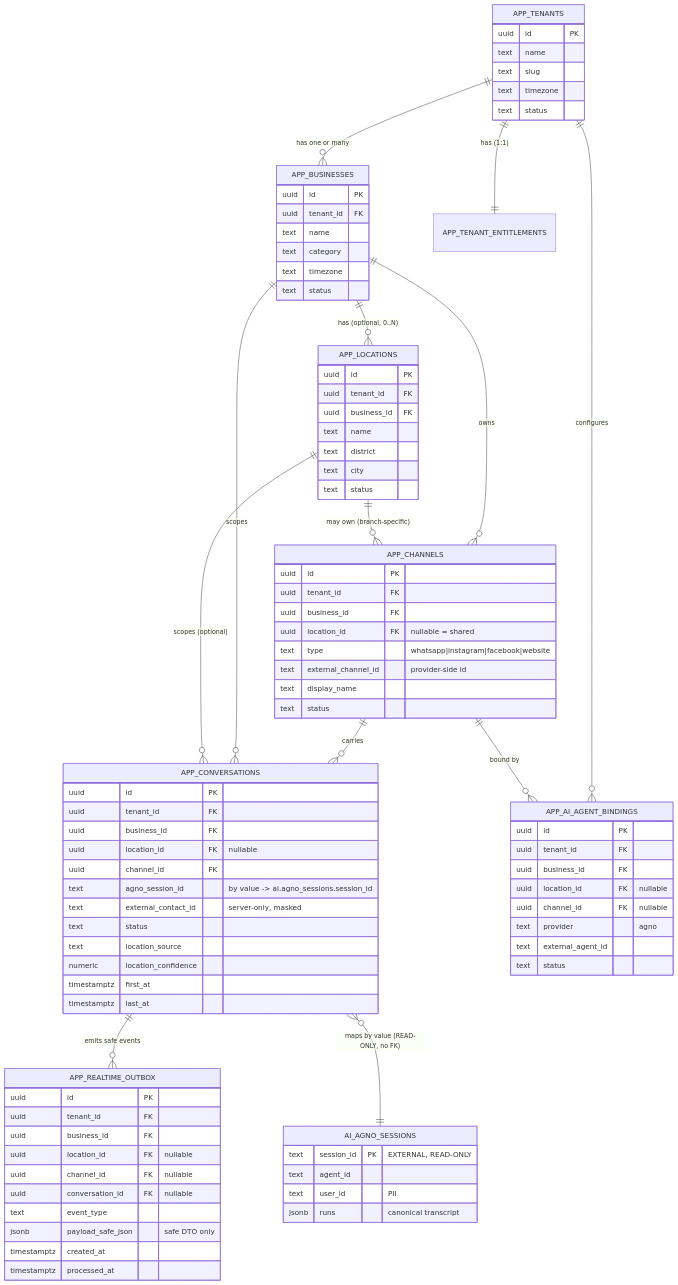
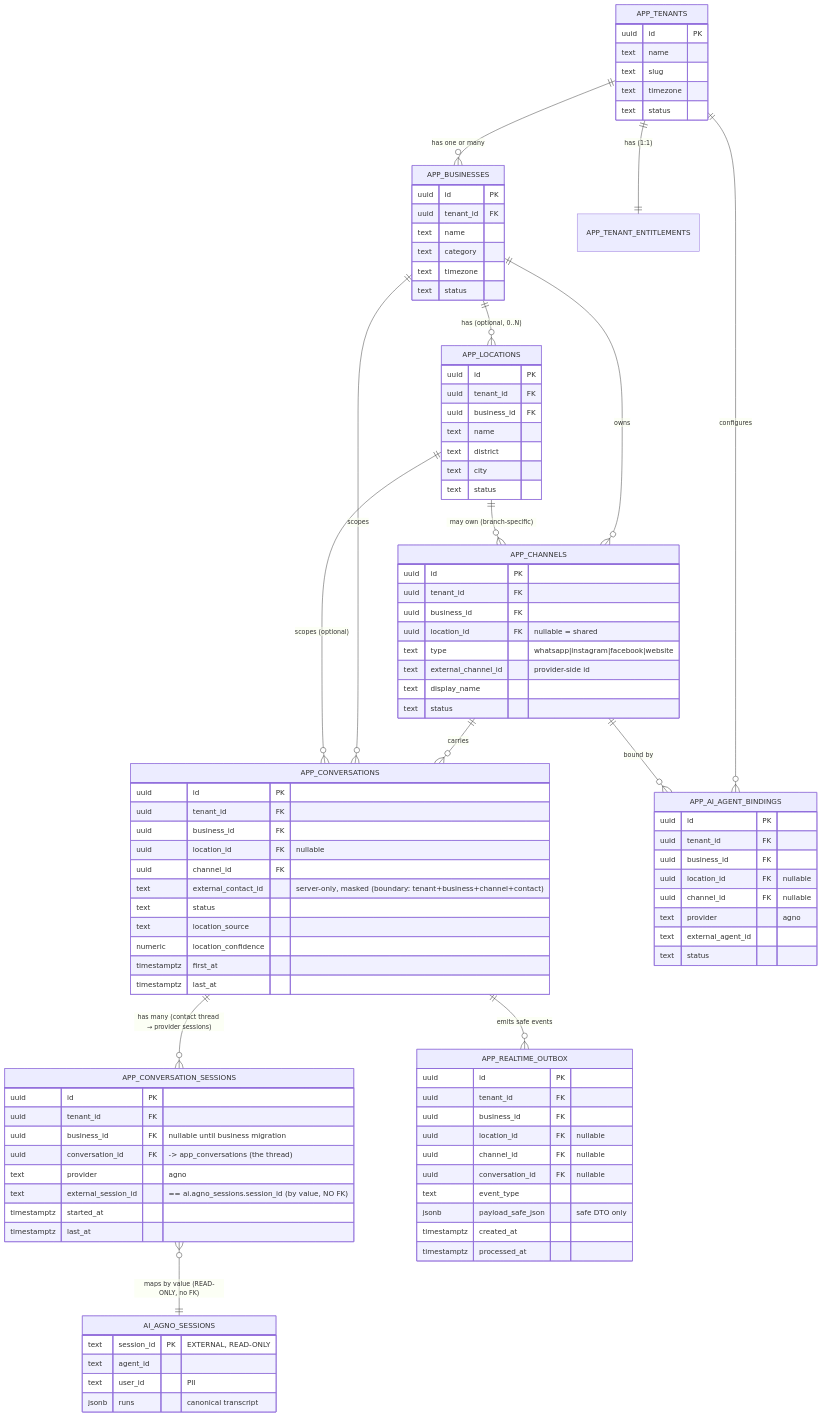
The diagram in projects/pepper-st-dashboard/docs/architecture/09-multi-business-branch-channel-strategy.md (sameenhewage/ai-agent-manager), drawn with Mermaid before and after one commit. The commit also changed other lines of this file and 49 other files, not shown here.

```diff
--- a/projects/pepper-st-dashboard/docs/architecture/09-multi-business-branch-channel-strategy.md
+++ b/projects/pepper-st-dashboard/docs/architecture/09-multi-business-branch-channel-strategy.md
@@ -200,10 +230,11 @@
     APP_CHANNELS ||--o{ APP_CONVERSATIONS : "carries"
     APP_BUSINESSES ||--o{ APP_CONVERSATIONS : "scopes"
     APP_LOCATIONS ||--o{ APP_CONVERSATIONS : "scopes (optional)"
+    APP_CONVERSATIONS ||--o{ APP_CONVERSATION_SESSIONS : "has many (contact thread → provider sessions)"
     APP_TENANTS ||--o{ APP_AI_AGENT_BINDINGS : "configures"
     APP_CHANNELS ||--o{ APP_AI_AGENT_BINDINGS : "bound by"
     APP_CONVERSATIONS ||--o{ APP_REALTIME_OUTBOX : "emits safe events"
-    APP_CONVERSATIONS }o--|| AI_AGNO_SESSIONS : "maps by value (READ-ONLY, no FK)"
+    APP_CONVERSATION_SESSIONS }o--|| AI_AGNO_SESSIONS : "maps by value (READ-ONLY, no FK)"
 
     APP_TENANTS {
         uuid id PK
@@ -245,12 +276,21 @@
         uuid business_id FK
         uuid location_id FK "nullable"
         uuid channel_id FK
-        text agno_session_id "by value -> ai.agno_sessions.session_id"
-        text external_contact_id "server-only, masked"
+        text external_contact_id "server-only, masked (boundary: tenant+business+channel+contact)"
         text status
         text location_source
         numeric location_confidence
         timestamptz first_at
+        timestamptz last_at
+    }
+    APP_CONVERSATION_SESSIONS {
+        uuid id PK
+        uuid tenant_id FK
+        uuid business_id FK "nullable until business migration"
+        uuid conversation_id FK "-> app_conversations (the thread)"
+        text provider "agno"
+        text external_session_id "== ai.agno_sessions.session_id (by value, NO FK)"
+        timestamptz started_at
         timestamptz last_at
     }
     APP_AI_AGENT_BINDINGS {
```
